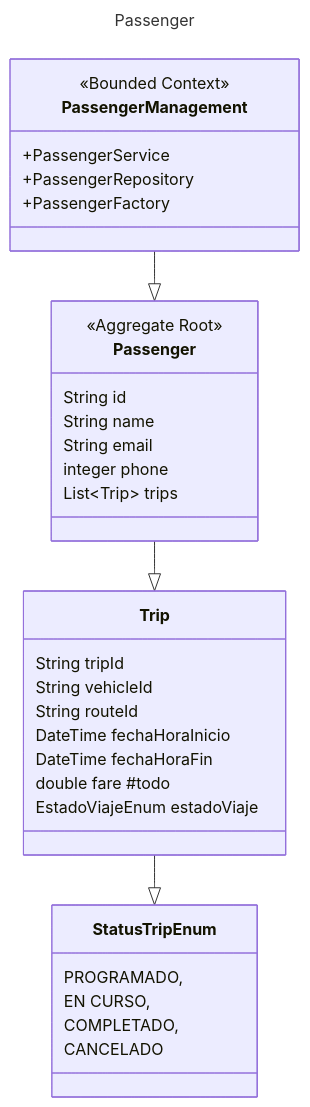
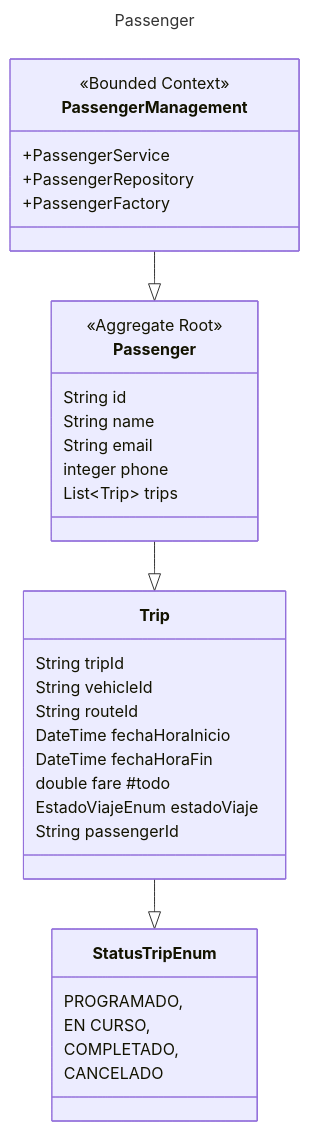
One commit to SergiGFT/passengers-microservice changed the third of 5 diagrams in src/main/resources/mermaid_v2.md. Above: the diagram before and after it, drawn with Mermaid. The commit also changed other lines of this file and 19 other files, not shown here.

````diff
--- a/src/main/resources/mermaid_v2.md
+++ b/src/main/resources/mermaid_v2.md
@@ -123,49 +123,50 @@
 ```mermaid
 ---
 title: Passenger
 ---
  
 classDiagram
  
     
     Trip --|> StatusTripEnum
  
  
 class PassengerManagement {
 <<Bounded Context>>
     +PassengerService
     +PassengerRepository
     +PassengerFactory
 }
  
 class Passenger {
 <<Aggregate Root>>
     String id
     String name
     String email
     integer phone
     List~Trip~ trips
 }
  
 class Trip  {
 String tripId
 String vehicleId
 String routeId
 DateTime fechaHoraInicio
 DateTime fechaHoraFin
 double fare #todo
 EstadoViajeEnum estadoViaje
+String passengerId
 }
  
 PassengerManagement--|>Passenger
 Passenger--|>Trip
  
  
 class StatusTripEnum {
     PROGRAMADO,
     EN CURSO,
     COMPLETADO,
     CANCELADO
 }
  
 ```
````
